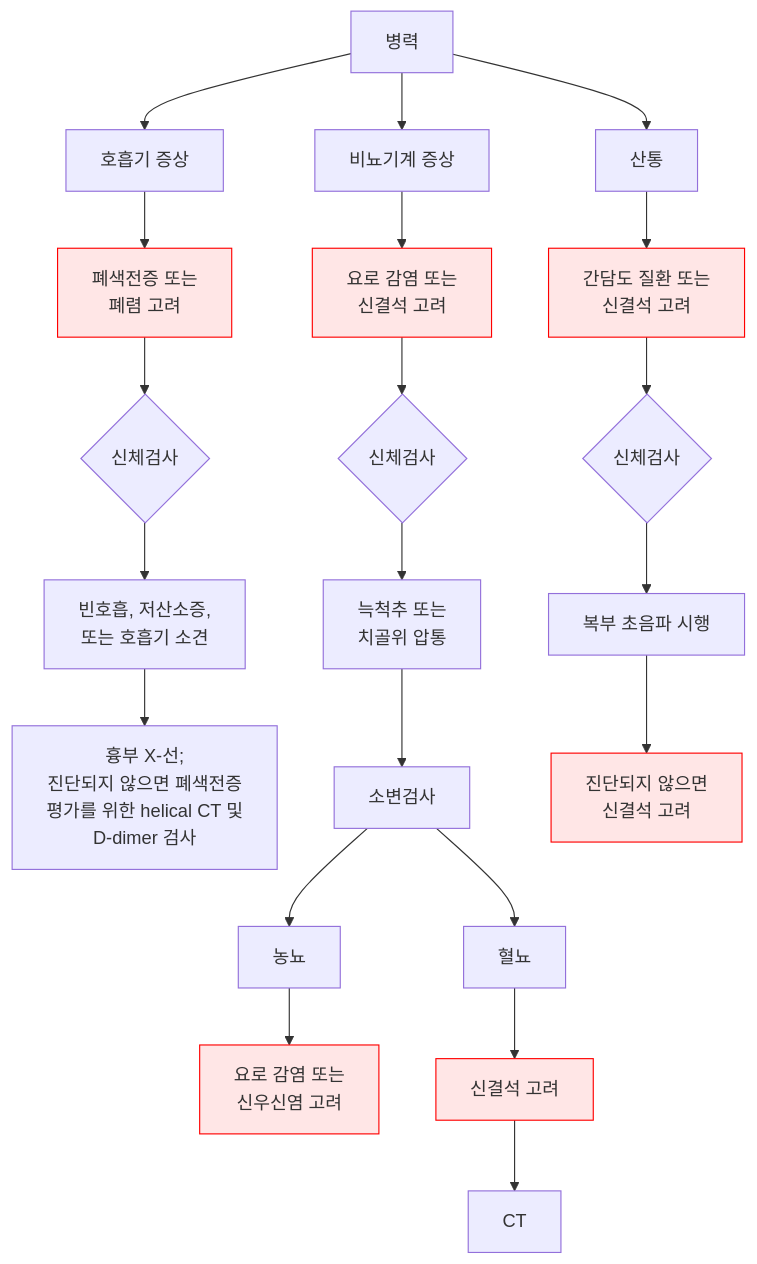
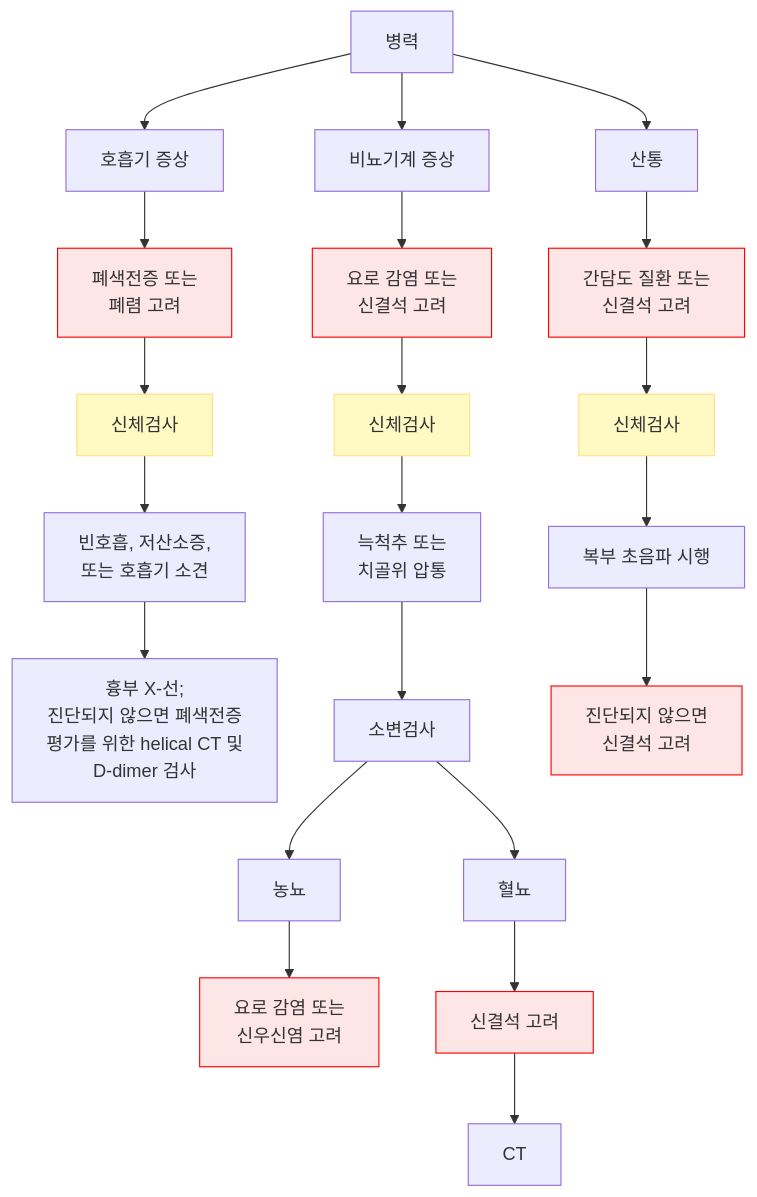
Before and after one commit to familyoh77/familyoh77: the first of 3 diagrams in 220_/003_-abdominal-pain.md, drawn with Mermaid. The commit also changed other lines of this file, not shown here.

````diff
--- a/220_/003_-abdominal-pain.md
+++ b/220_/003_-abdominal-pain.md
@@ -148,39 +148,41 @@
 ```mermaid
   flowchart TD
     A[병력] --> B[호흡기 증상]
     A --> C[비뇨기계 증상]
     A --> D[산통]
 
     B --> E[폐색전증 또는
     폐렴 고려]
-    E --> F{신체검사}
+    E --> F[신체검사]
     F --> G[빈호흡, 저산소증,
     또는 호흡기 소견]
     G --> H[흉부 X-선;
     진단되지 않으면 폐색전증 
     평가를 위한 helical CT 및 
     D-dimer 검사]
 
     C --> I[요로 감염 또는
     신결석 고려]
-    I --> J{신체검사}
+    I --> J[신체검사]
     J --> K[늑척추 또는
     치골위 압통]
     K --> L[소변검사]
     L --> M[농뇨]
     L --> N[혈뇨]
     M --> O[요로 감염 또는
     신우신염 고려]
     N --> P[신결석 고려]
     P --> Q[CT]
 
     D --> R[간담도 질환 또는
     신결석 고려]
-    R --> S{신체검사}
+    R --> S[신체검사]
     S --> T[복부 초음파 시행]
     T --> U[진단되지 않으면
     신결석 고려]
     
 classDef redBox fill:#ffe6e6,stroke:#ff0000
 class U,E,I,R,O,P redBox
+classDef yellow fill:#fff9c4,stroke:#ffe082
+class F,J,S yellow
 ```
````
